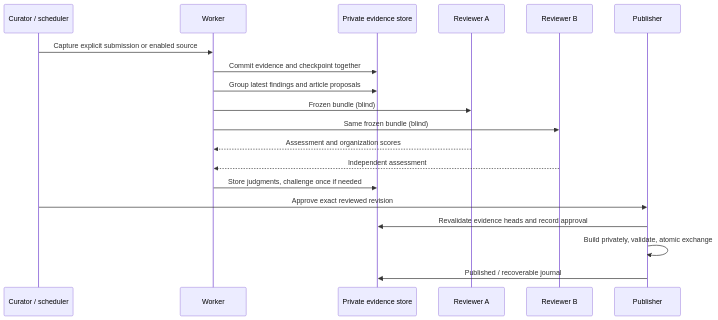
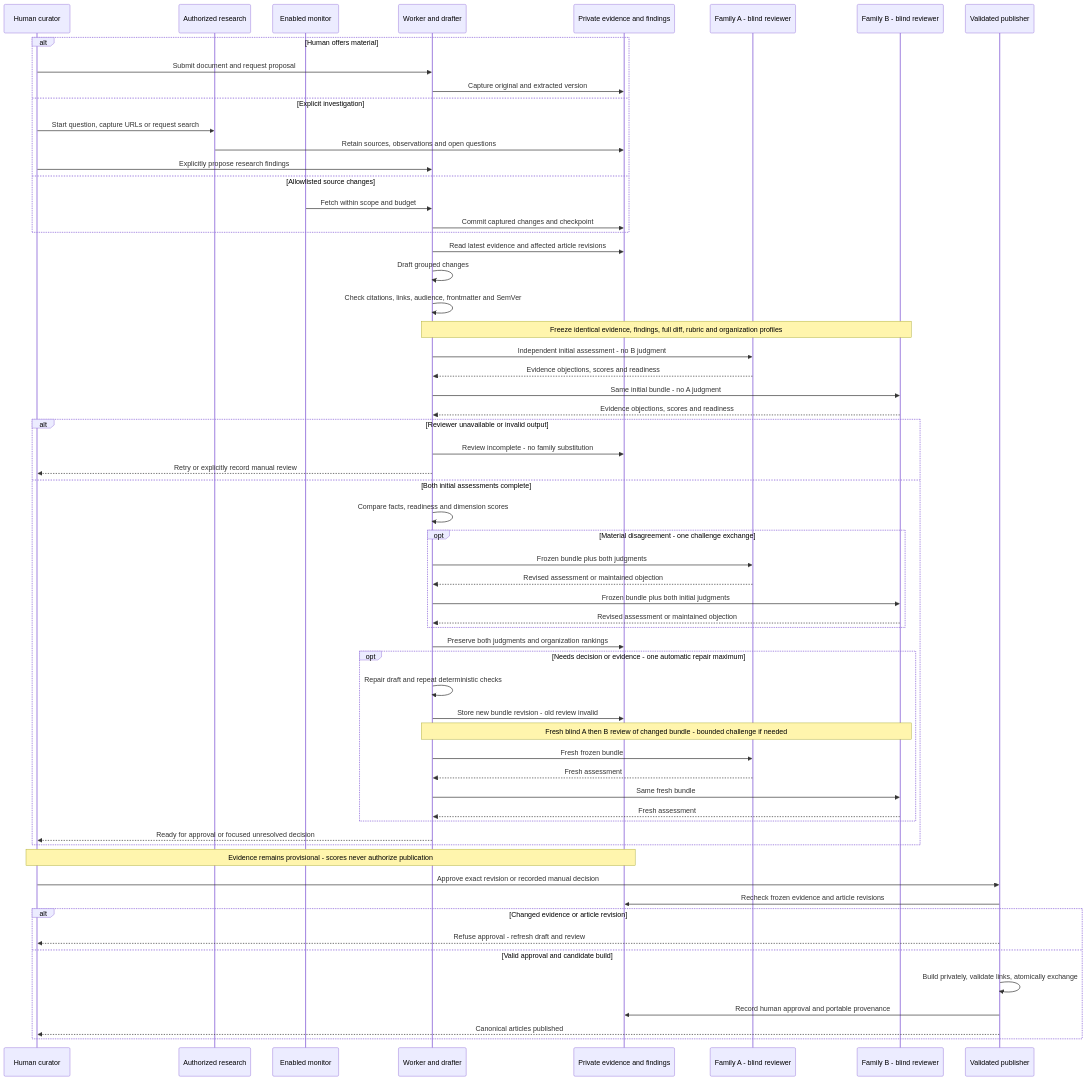
One commit to transpara-ai/wiki changed the diagram in compile/DISCOVERY.md. Above: the diagram before and after it, drawn with Mermaid. The commit also changed other lines of this file and 19 other files, not shown here.

````diff
--- a/compile/DISCOVERY.md
+++ b/compile/DISCOVERY.md
@@ -71,21 +109,63 @@
 ```mermaid
 sequenceDiagram
-    participant C as Curator / scheduler
-    participant W as Worker
-    participant E as Private evidence store
-    participant A as Reviewer A
-    participant B as Reviewer B
-    participant P as Publisher
-    C->>W: Capture explicit submission or enabled source
-    W->>E: Commit evidence and checkpoint together
-    W->>E: Group latest findings and article proposals
-    W->>A: Frozen bundle (blind)
-    W->>B: Same frozen bundle (blind)
-    A-->>W: Assessment and organization scores
-    B-->>W: Independent assessment
-    W->>E: Store judgments, challenge once if needed
-    C->>P: Approve exact reviewed revision
-    P->>E: Revalidate evidence heads and record approval
-    P->>P: Build privately, validate, atomic exchange
-    P->>E: Published / recoverable journal
+    participant H as Human curator
+    participant R as Authorized research
+    participant M as Enabled monitor
+    participant W as Worker and drafter
+    participant E as Private evidence and findings
+    participant A as Family A - blind reviewer
+    participant B as Family B - blind reviewer
+    participant P as Validated publisher
+    alt Human offers material
+        H->>W: Submit document and request proposal
+        W->>E: Capture original and extracted version
+    else Explicit investigation
+        H->>R: Start question, capture URLs or request search
+        R->>E: Retain sources, observations and open questions
+        H->>W: Explicitly propose research findings
+    else Allowlisted source changes
+        M->>W: Fetch within scope and budget
+        W->>E: Commit captured changes and checkpoint
+    end
+    W->>E: Read latest evidence and affected article revisions
+    W->>W: Draft grouped changes
+    W->>W: Check citations, links, audience, frontmatter and SemVer
+    Note over W,B: Freeze identical evidence, findings, full diff, rubric and organization profiles
+    W->>A: Independent initial assessment - no B judgment
+    A-->>W: Evidence objections, scores and readiness
+    W->>B: Same initial bundle - no A judgment
+    B-->>W: Evidence objections, scores and readiness
+    alt Reviewer unavailable or invalid output
+        W->>E: Review incomplete - no family substitution
+        W-->>H: Retry or explicitly record manual review
+    else Both initial assessments complete
+        W->>W: Compare facts, readiness and dimension scores
+        opt Material disagreement - one challenge exchange
+            W->>A: Frozen bundle plus both judgments
+            A-->>W: Revised assessment or maintained objection
+            W->>B: Frozen bundle plus both initial judgments
+            B-->>W: Revised assessment or maintained objection
+        end
+        W->>E: Preserve both judgments and organization rankings
+        opt Needs decision or evidence - one automatic repair maximum
+            W->>W: Repair draft and repeat deterministic checks
+            W->>E: Store new bundle revision - old review invalid
+            Note over W,B: Fresh blind A then B review of changed bundle - bounded challenge if needed
+            W->>A: Fresh frozen bundle
+            A-->>W: Fresh assessment
+            W->>B: Same fresh bundle
+            B-->>W: Fresh assessment
+        end
+        W-->>H: Ready for approval or focused unresolved decision
+    end
+    Note over E,H: Evidence remains provisional - scores never authorize publication
+    H->>P: Approve exact revision or recorded manual decision
+    P->>E: Recheck frozen evidence and article revisions
+    alt Changed evidence or article revision
+        P-->>H: Refuse approval - refresh draft and review
+    else Valid approval and candidate build
+        P->>P: Build privately, validate links, atomically exchange
+        P->>E: Record human approval and portable provenance
+        P-->>H: Canonical articles published
+    end
 ```
````
